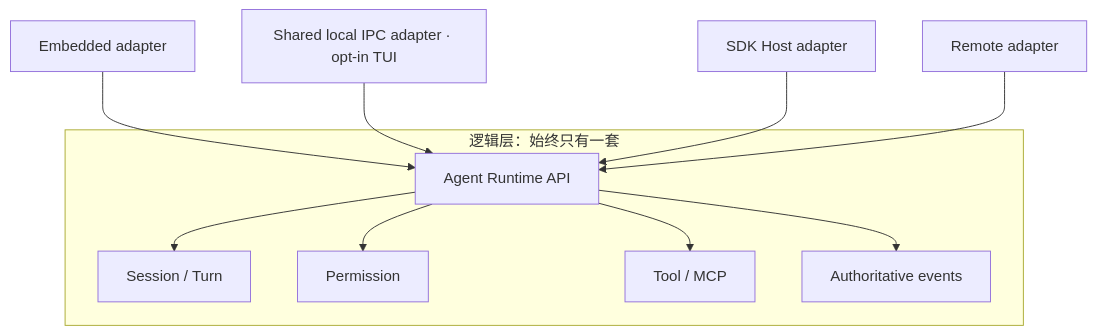
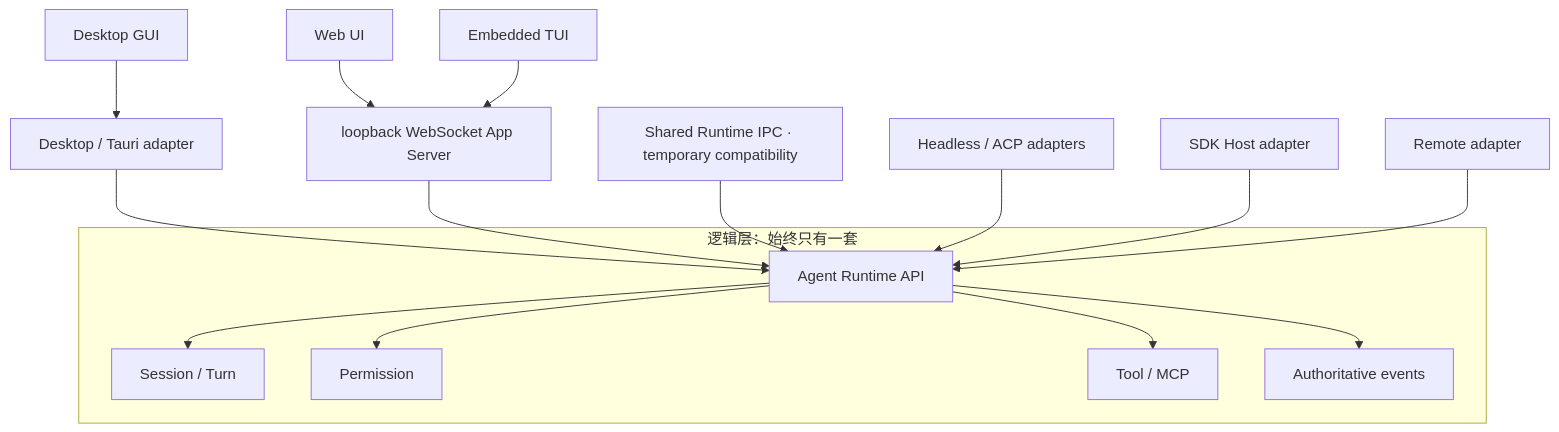
Before and after one commit to 1688mengdie/BitFun: the fourth of 15 diagrams in docs/architecture/agent-runtime-deployment-design.md, drawn with Mermaid. The commit also changed other lines of this file and 87 other files, not shown here.

Commit message:
feat(cli): add app server to cli

````diff
--- a/docs/architecture/agent-runtime-deployment-design.md
+++ b/docs/architecture/agent-runtime-deployment-design.md
@@ -64,14 +98,19 @@
 ```mermaid
 flowchart TB
   subgraph "逻辑层：始终只有一套"
     API["Agent Runtime API"] --> Session["Session / Turn"]
     API --> Permission["Permission"]
     API --> Tool["Tool / MCP"]
     API --> Events["Authoritative events"]
   end
 
-  Embedded["Embedded adapter"] --> API
-  Shared["Shared local IPC adapter · opt-in TUI"] --> API
+  Desktop["Desktop GUI"] --> DesktopAdapter["Desktop / Tauri adapter"]
+  Web["Web UI"] --> AppServer["loopback WebSocket App Server"]
+  EmbeddedTUI["Embedded TUI"] --> AppServer
+  DesktopAdapter --> API
+  AppServer --> API
+  SharedCompat["Shared Runtime IPC · temporary compatibility"] --> API
+  Headless["Headless / ACP adapters"] --> API
   SDK["SDK Host adapter"] --> API
   Remote["Remote adapter"] --> API
 ```
````
